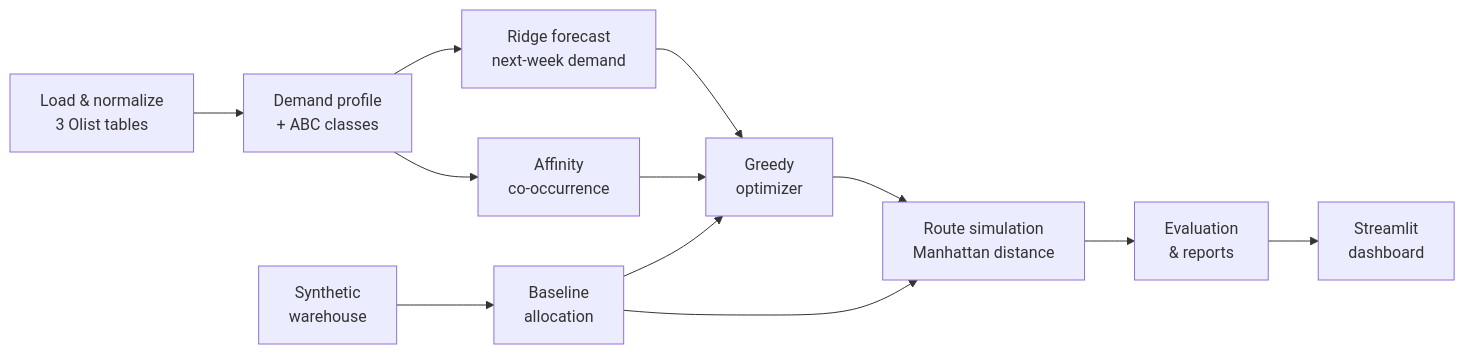
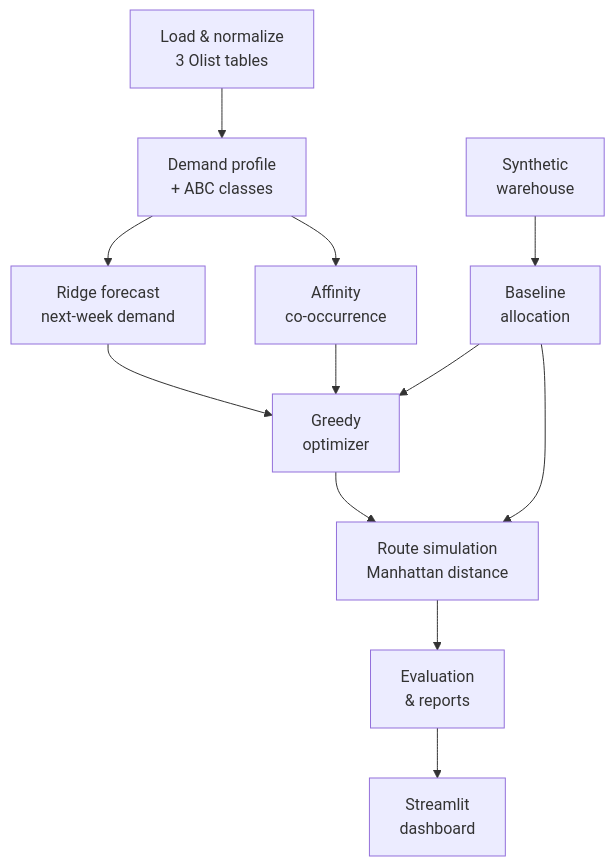
The diagram in README.md (KingMagnusVII/SnakeCharmers), drawn with Mermaid before and after one commit.

````diff
--- a/README.md
+++ b/README.md
@@ -125,14 +125,14 @@
 ```mermaid
-flowchart LR
+flowchart TD
     A[Load & normalize<br/>3 Olist tables] --> B[Demand profile<br/>+ ABC classes]
     B --> C[Ridge forecast<br/>next-week demand]
     B --> D[Affinity<br/>co-occurrence]
     E[Synthetic<br/>warehouse] --> F[Baseline<br/>allocation]
     C --> G[Greedy<br/>optimizer]
     D --> G
     F --> G
     G --> H[Route simulation<br/>Manhattan distance]
     F --> H
     H --> I[Evaluation<br/>& reports]
     I --> J[Streamlit<br/>dashboard]
 ```
````
